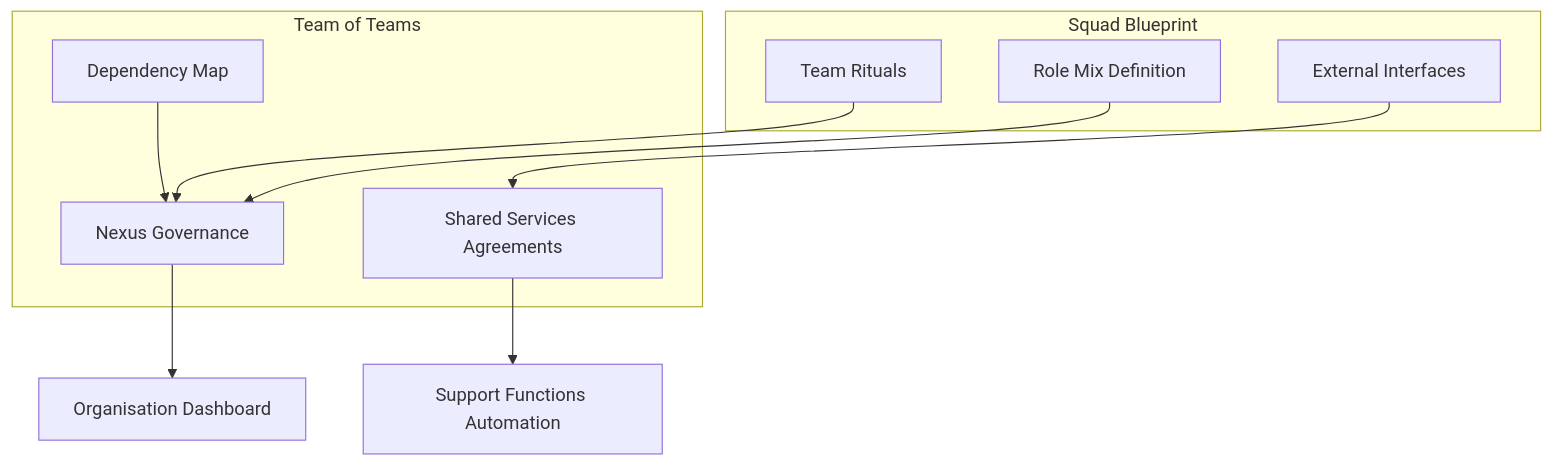
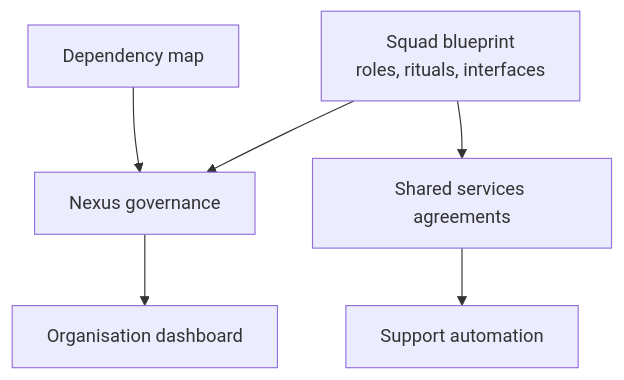
One commit to Geonitab/architecture_as_code changed the diagram in docs/images/diagram_19_team_of_teams.mmd. Above: the diagram before and after it, drawn with Mermaid. The commit also changed 56 other files, not shown here.

First line of the commit message:
Make Mermaid figures legible: fewer elements, narrower, one message each

```diff
--- a/docs/images/diagram_19_team_of_teams.mmd
+++ b/docs/images/diagram_19_team_of_teams.mmd
@@ -1,20 +1,14 @@
 %% Team-of-teams leadership structure
 flowchart TD
-    subgraph Squad Blueprint
-        Roles[Role Mix Definition]:::kv-primary
-        Rituals[Team Rituals]:::kv-highlight
-        Interfaces[External Interfaces]:::kv-accent
-    end
+    Blueprint["Squad blueprint<br/>roles, rituals, interfaces"]:::kv-primary
+    Dependencies[Dependency map]:::kv-highlight
+    Nexus[Nexus governance]:::kv-primary
+    Shared[Shared services agreements]:::kv-accent
+    Support[Support automation]:::kv-muted
+    Dashboard[Organisation dashboard]:::kv-pattern
 
-    subgraph Team of Teams
-        Nexus[Nexus Governance]:::kv-primary
-        SharedServices[Shared Services Agreements]:::kv-accent
-        Dependencies[Dependency Map]:::kv-highlight
-    end
-
-    Roles --> Nexus
-    Rituals --> Nexus
-    Interfaces --> SharedServices
+    Blueprint --> Nexus
     Dependencies --> Nexus
-    SharedServices --> Support[Support Functions Automation]:::kv-muted
-    Nexus --> Visibility[Organisation Dashboard]:::kv-pattern
+    Blueprint --> Shared
+    Shared --> Support
+    Nexus --> Dashboard
```
